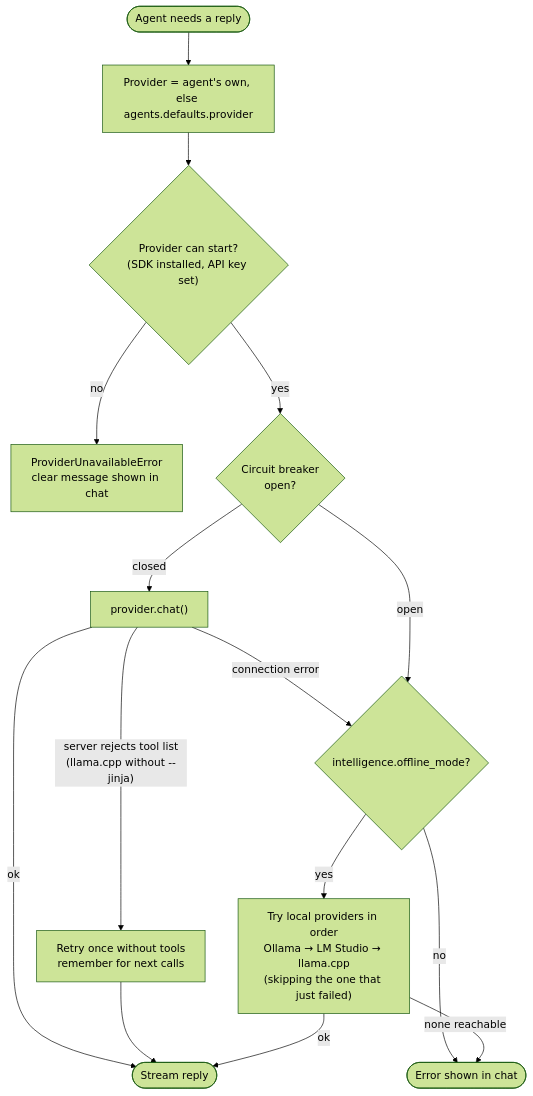
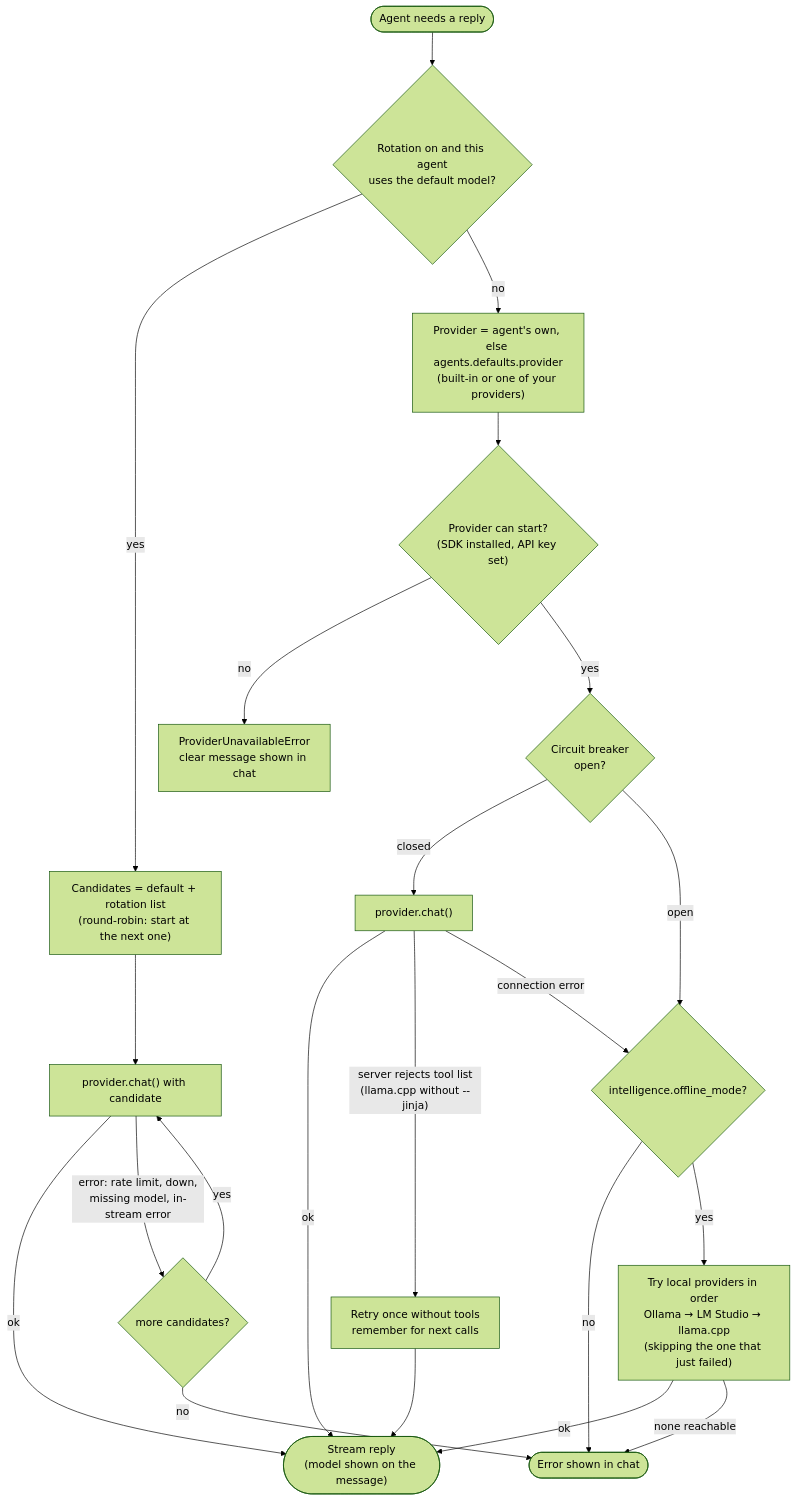
One commit to adrianx26/zensynora changed the fourth of 14 diagrams in docs/architecture_diagram.md. Above: the diagram before and after it, drawn with Mermaid (forest theme). The commit also changed other lines of this file and 86 other files, not shown here.

````diff
--- a/docs/architecture_diagram.md
+++ b/docs/architecture_diagram.md
@@ -171,17 +189,24 @@
 ```mermaid
 flowchart TD
-    start(["Agent needs a reply"]) --> pick["Provider = agent's own, else agents.defaults.provider"]
+    start(["Agent needs a reply"]) --> rot{"Rotation on and this agent<br/>uses the default model?"}
+    rot -- yes --> order["Candidates = default + rotation list<br/>(round-robin: start at the next one)"]
+    order --> tryc["provider.chat() with candidate"]
+    tryc -- ok --> replied(["Stream reply<br/>(model shown on the message)"])
+    tryc -- "error: rate limit, down,<br/>missing model, in-stream error" --> nextc{"more candidates?"}
+    nextc -- yes --> tryc
+    nextc -- no --> fail(["Error shown in chat"])
+    rot -- no --> pick["Provider = agent's own, else agents.defaults.provider<br/>(built-in or one of your providers)"]
     pick --> init{"Provider can start?<br/>(SDK installed, API key set)"}
     init -- no --> err["ProviderUnavailableError<br/>clear message shown in chat"]
     init -- yes --> breaker{"Circuit breaker<br/>open?"}
     breaker -- closed --> llmcall["provider.chat()"]
-    llmcall -- ok --> replied(["Stream reply"])
+    llmcall -- ok --> replied
     llmcall -- "server rejects tool list<br/>(llama.cpp without --jinja)" --> notools["Retry once without tools<br/>remember for next calls"]
     notools --> replied
     llmcall -- "connection error" --> offline{"intelligence.offline_mode?"}
     breaker -- open --> offline
-    offline -- no --> fail(["Error shown in chat"])
+    offline -- no --> fail
     offline -- yes --> fb["Try local providers in order<br/>Ollama → LM Studio → llama.cpp<br/>(skipping the one that just failed)"]
     fb -- ok --> replied
     fb -- none reachable --> fail
 ```
````
